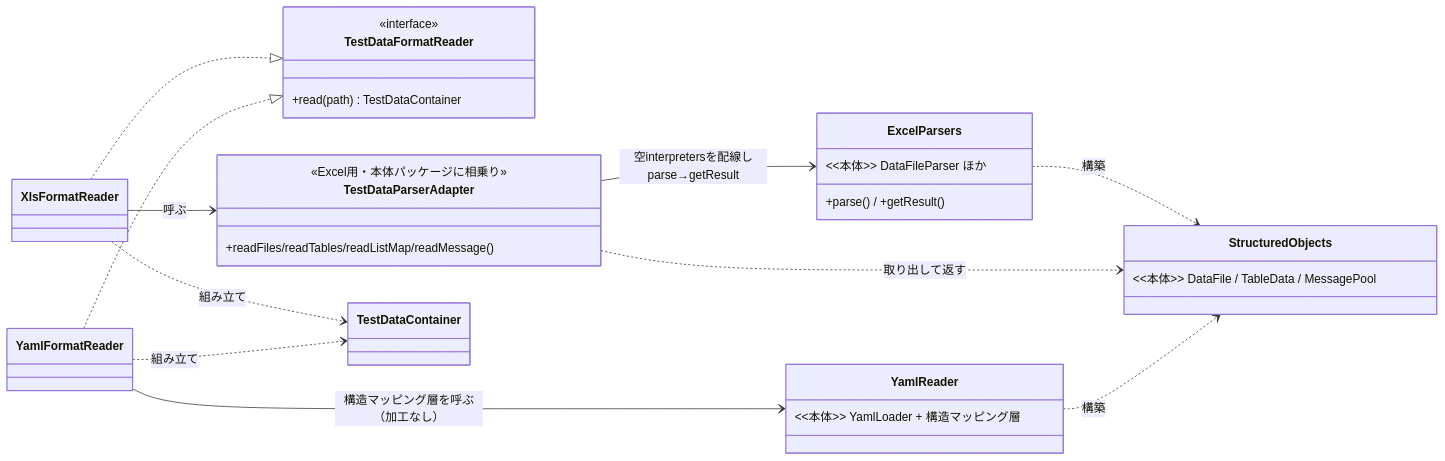
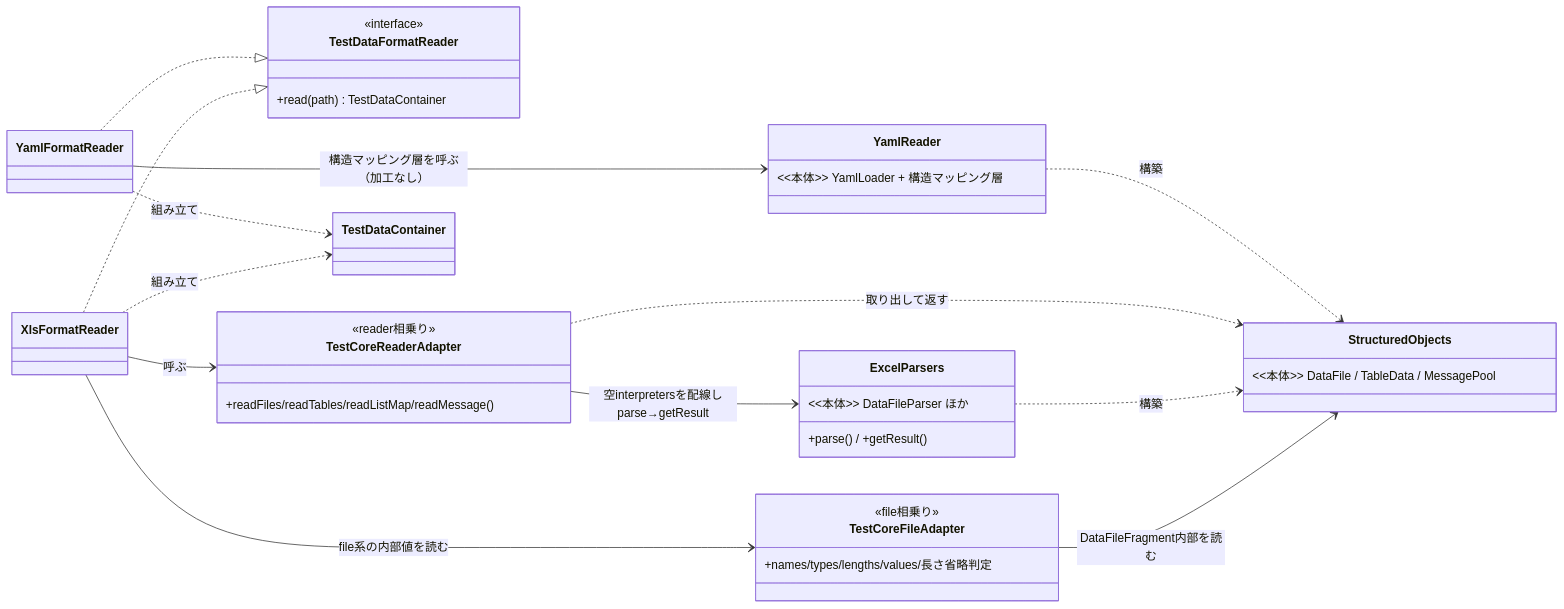
The third of 5 diagrams in docs/pr75/docs/testdata-converter-design.md (nablarch/nablarch-testing), drawn with Mermaid before and after one commit. The commit also changed other lines of this file and 1 other file, not shown here.

````diff
--- a/docs/pr75/docs/testdata-converter-design.md
+++ b/docs/pr75/docs/testdata-converter-design.md
@@ -211,34 +218,40 @@
 ```mermaid
 classDiagram
 direction LR
 class TestDataFormatReader {
   <<interface>>
   +read(path) TestDataContainer
 }
 class XlsFormatReader
 class YamlFormatReader
-class TestDataParserAdapter {
-  <<Excel用・本体パッケージに相乗り>>
+class TestCoreReaderAdapter {
+  <<reader相乗り>>
   +readFiles/readTables/readListMap/readMessage()
+}
+class TestCoreFileAdapter {
+  <<file相乗り>>
+  +names/types/lengths/values/長さ省略判定
 }
 class ExcelParsers {
   <<本体>> DataFileParser ほか
   +parse() / +getResult()
 }
 class YamlReader {
   <<本体>> YamlLoader + 構造マッピング層
 }
 class StructuredObjects {
   <<本体>> DataFile / TableData / MessagePool
 }
 XlsFormatReader ..|> TestDataFormatReader
 YamlFormatReader ..|> TestDataFormatReader
-XlsFormatReader --> TestDataParserAdapter : 呼ぶ
-TestDataParserAdapter --> ExcelParsers : 空interpretersを配線しparse→getResult
+XlsFormatReader --> TestCoreReaderAdapter : 呼ぶ
+XlsFormatReader --> TestCoreFileAdapter : file系の内部値を読む
+TestCoreReaderAdapter --> ExcelParsers : 空interpretersを配線しparse→getResult
+TestCoreFileAdapter --> StructuredObjects : DataFileFragment内部を読む
 ExcelParsers ..> StructuredObjects : 構築
-TestDataParserAdapter ..> StructuredObjects : 取り出して返す
+TestCoreReaderAdapter ..> StructuredObjects : 取り出して返す
 YamlFormatReader --> YamlReader : 構造マッピング層を呼ぶ（加工なし）
 YamlReader ..> StructuredObjects : 構築
 XlsFormatReader ..> TestDataContainer : 組み立て
 YamlFormatReader ..> TestDataContainer : 組み立て
 ```
````
